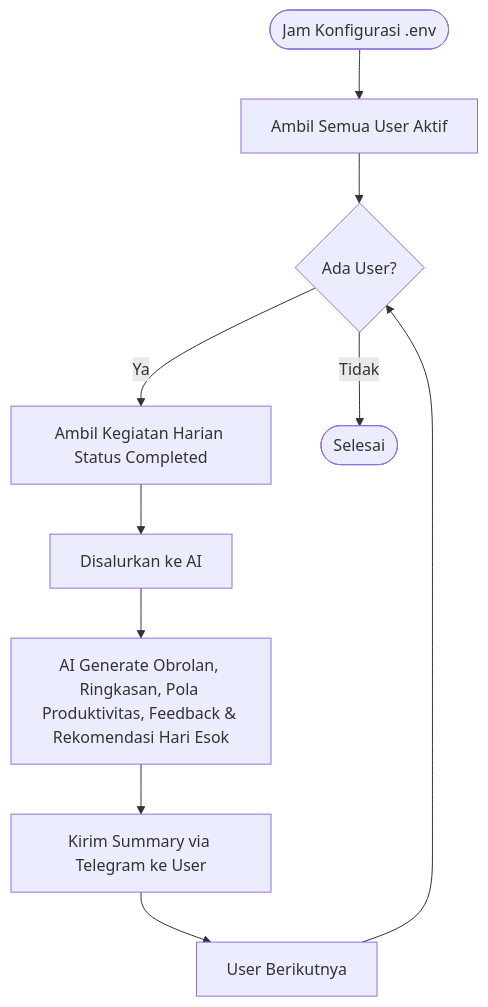
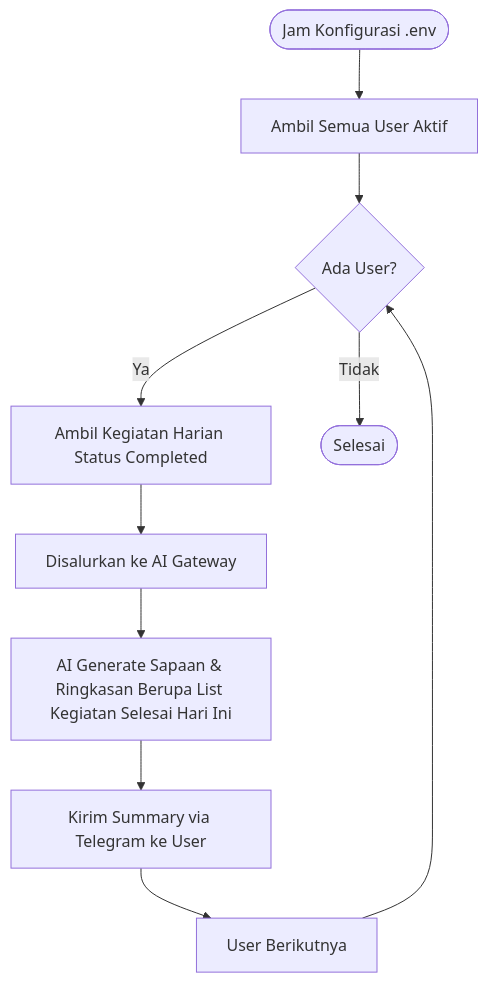
One commit to RhmnDev14/smart_alert_system changed the fourth of 7 diagrams in FLOWCHART.md. Above: the diagram before and after it, drawn with Mermaid. The commit also changed other lines of this file and 1 other file, not shown here.

````diff
--- a/FLOWCHART.md
+++ b/FLOWCHART.md
@@ -117,16 +115,16 @@
 ```mermaid
 flowchart TD
     Start([Jam Konfigurasi .env]) --> GetAllUsers[Ambil Semua User Aktif]
     GetAllUsers --> LoopUser{Ada User?}
 
     LoopUser -->|Ya| GetTodayActivities[Ambil Kegiatan Harian Status Completed]
     LoopUser -->|Tidak| End([Selesai])
 
-    GetTodayActivities --> AIAnalysis[Disalurkan ke AI]
-    AIAnalysis --> GenerateInsights[AI Generate Obrolan, Ringkasan, Pola Produktivitas, Feedback & Rekomendasi Hari Esok]
+    GetTodayActivities --> AIAnalysis[Disalurkan ke AI Gateway]
+    AIAnalysis --> GenerateInsights[AI Generate Sapaan & Ringkasan Berupa List Kegiatan Selesai Hari Ini]
 
     GenerateInsights --> SendSummary[Kirim Summary via Telegram ke User]
 
     SendSummary --> NextUser[User Berikutnya]
     NextUser --> LoopUser
 ```
````
